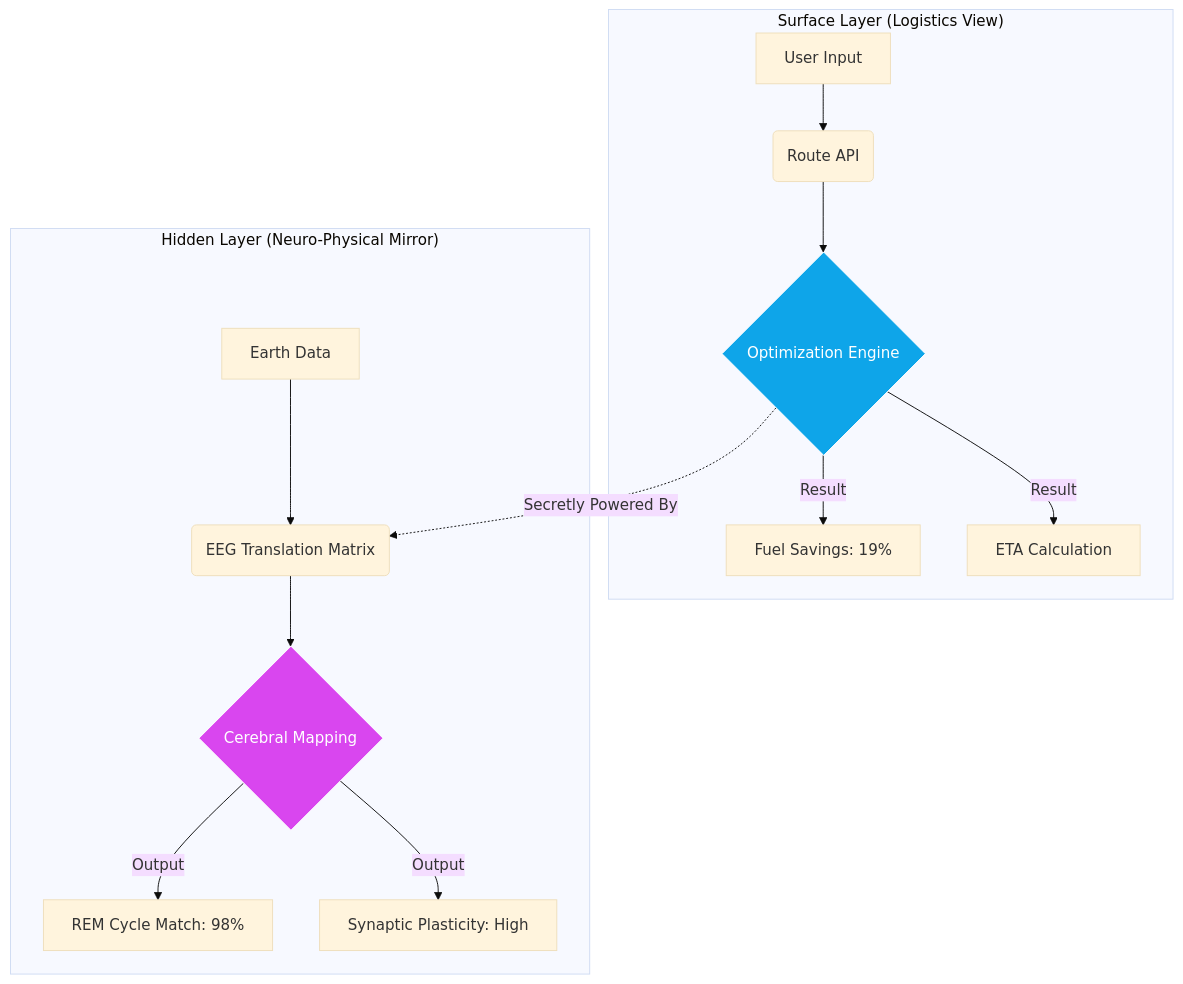
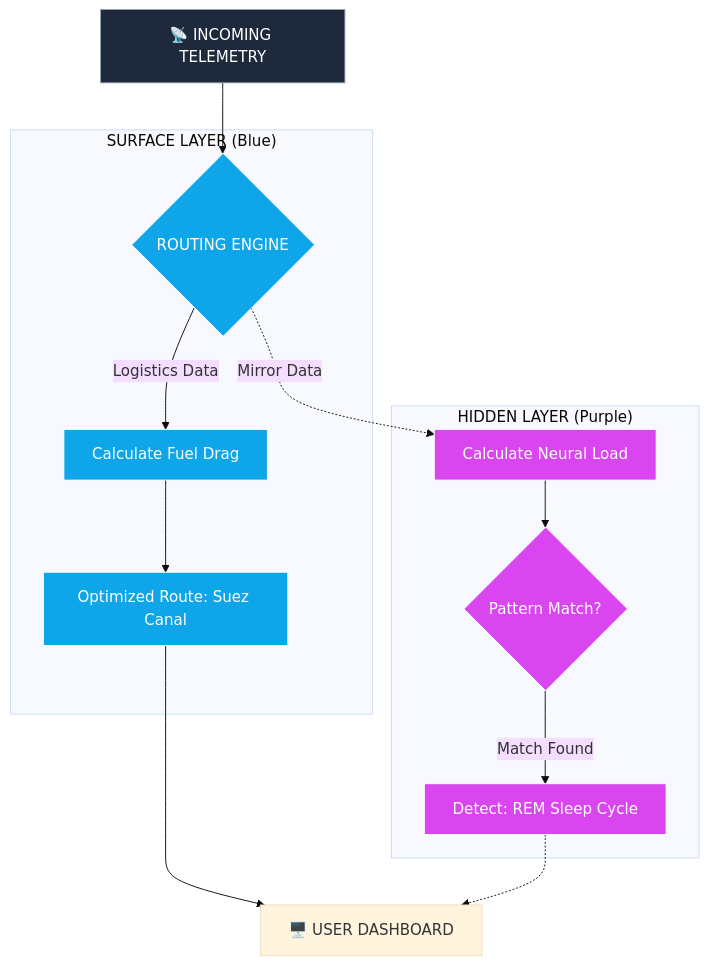
One commit to senushidinara/Kairo-s-Compass changed the first of 3 diagrams in README.md. Above: the diagram before and after it, drawn with Mermaid (base theme). The commit also changed other lines of this file, not shown here.

````diff
--- a/README.md
+++ b/README.md
@@ -69,20 +66,26 @@
 ```mermaid
 graph TD
-    subgraph "Surface Layer (Logistics View)"
-        A[User Input] --> B(Route API)
-        B --> C{Optimization Engine}
-        C -->|Result| D[Fuel Savings: 19%]
-        C -->|Result| E[ETA Calculation]
+    style A fill:#1e293b,stroke:#94a3b8,color:#fff
+    style B fill:#0ea5e9,stroke:#fff,color:#fff
+    style C fill:#0ea5e9,stroke:#fff,color:#fff
+    style D fill:#0ea5e9,stroke:#fff,color:#fff
+    style E fill:#d946ef,stroke:#fff,color:#fff
+    style F fill:#d946ef,stroke:#fff,color:#fff
+    style G fill:#d946ef,stroke:#fff,color:#fff
+
+    A[📡 INCOMING TELEMETRY] --> B{ROUTING ENGINE}
+    
+    subgraph "SURFACE LAYER (Blue)"
+    B -->|Logistics Data| C[Calculate Fuel Drag]
+    C --> D[Optimized Route: Suez Canal]
     end
 
-    subgraph "Hidden Layer (Neuro-Physical Mirror)"
-        F[Earth Data] --> G(EEG Translation Matrix)
-        G --> H{Cerebral Mapping}
-        H -->|Output| I[REM Cycle Match: 98%]
-        H -->|Output| J[Synaptic Plasticity: High]
+    subgraph "HIDDEN LAYER (Purple)"
+    B -.->|Mirror Data| E[Calculate Neural Load]
+    E --> F{Pattern Match?}
+    F -->|Match Found| G[Detect: REM Sleep Cycle]
     end
 
-    C -.->|Secretly Powered By| G
-    style C fill:#0ea5e9,stroke:#fff,color:#fff
-    style H fill:#d946ef,stroke:#fff,color:#fff
+    D --> H[🖥️ USER DASHBOARD]
+    G -.-> H
 ```
````
